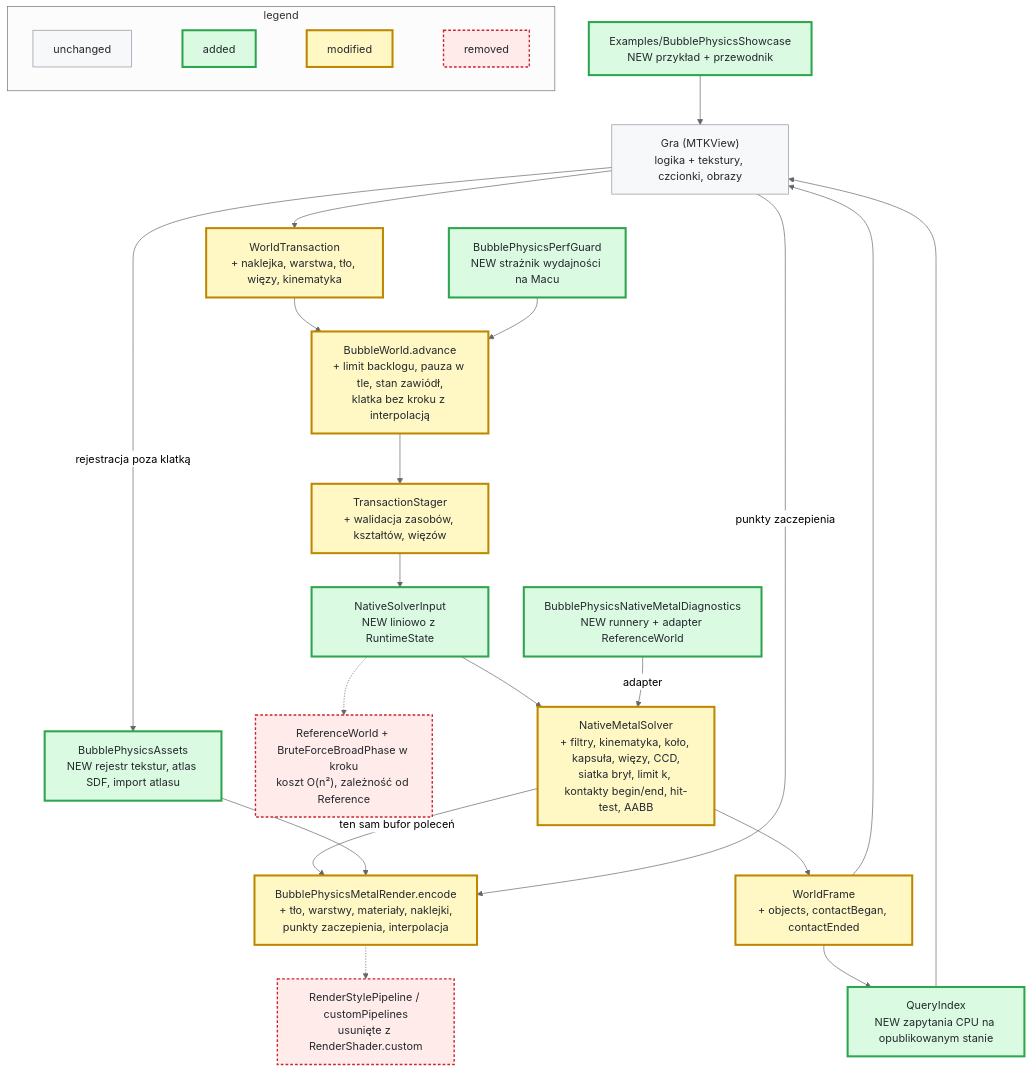
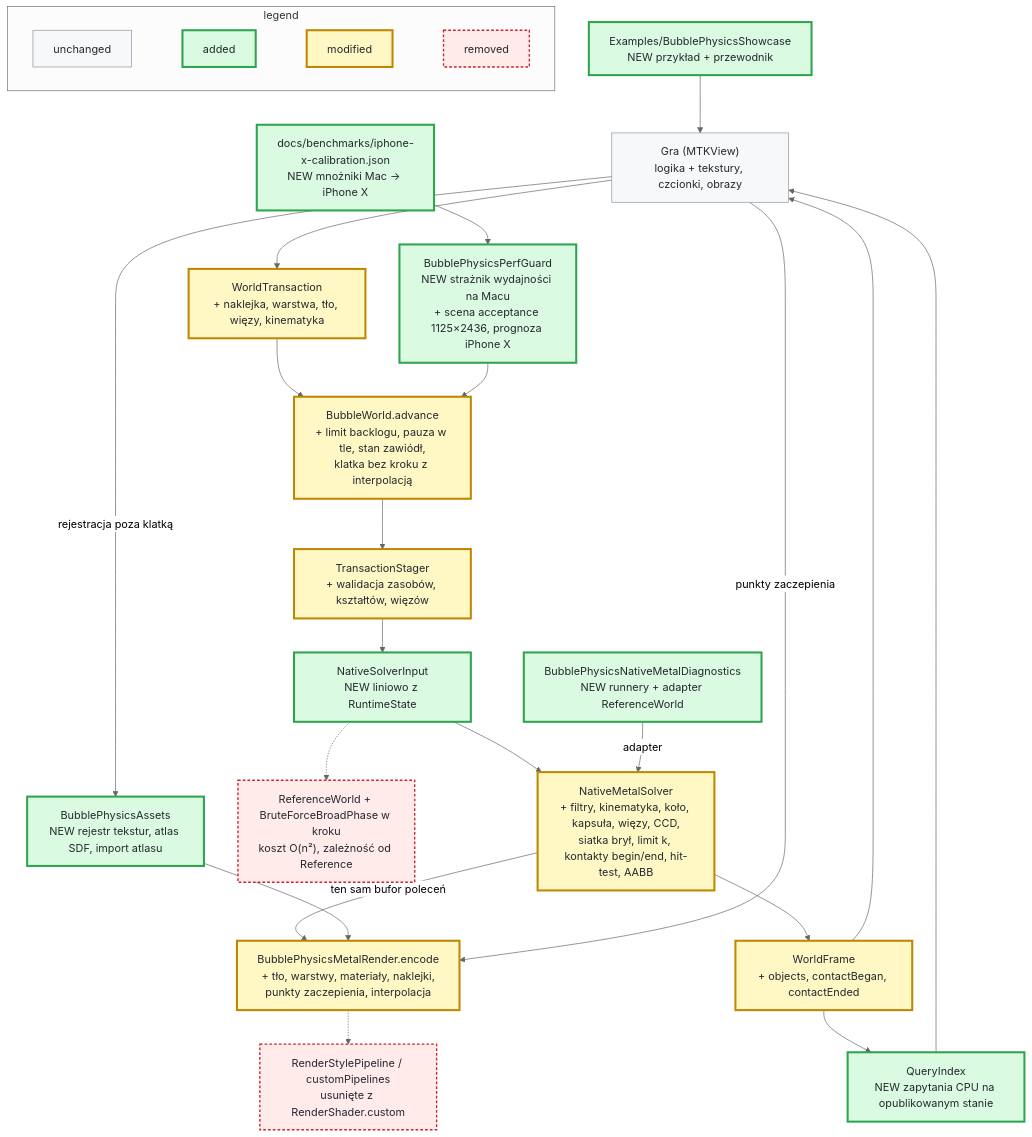
Before and after one commit to MariuszAdamowicz/BubblePhysics: the first of 2 diagrams in docs/sdlc/changes/2026-11-08-engine-foundations/plan.md, drawn with Mermaid (neutral theme). The commit also changed other lines of this file and 1 other file, not shown here.

First line of the commit message:
docs: plan etapu 8 (replan) — pomiar zastępczy na Macu i ścieżka CPU klatki

````diff
--- a/docs/sdlc/changes/2026-11-08-engine-foundations/plan.md
+++ b/docs/sdlc/changes/2026-11-08-engine-foundations/plan.md
@@ -38,45 +39,47 @@
 ```mermaid
 flowchart TD
     subgraph legend["legend"]
       direction LR
       L1["unchanged"]:::same
       L2["added"]:::added
       L3["modified"]:::changed
       L4["removed"]:::removed
       L1 ~~~ L2 ~~~ L3 ~~~ L4
     end
 
     GAME["Gra (MTKView)<br/>logika + tekstury, czcionki, obrazy"]:::same
     ASSETS["BubblePhysicsAssets<br/>NEW rejestr tekstur, atlas SDF, import atlasu"]:::added
     TX["WorldTransaction<br/>+ naklejka, warstwa, tło, więzy, kinematyka"]:::changed
     WORLD["BubbleWorld.advance<br/>+ limit backlogu, pauza w tle, stan zawiódł,<br/>klatka bez kroku z interpolacją"]:::changed
     STAGER["TransactionStager<br/>+ walidacja zasobów, kształtów, więzów"]:::changed
     INPUT["NativeSolverInput<br/>NEW liniowo z RuntimeState"]:::added
     REF["ReferenceWorld + BruteForceBroadPhase w kroku<br/>koszt O(n²), zależność od Reference"]:::removed
     SOLVER["NativeMetalSolver<br/>+ filtry, kinematyka, koło, kapsuła, więzy, CCD,<br/>siatka brył, limit k, kontakty begin/end, hit-test, AABB"]:::changed
     DIAG["BubblePhysicsNativeMetalDiagnostics<br/>NEW runnery + adapter ReferenceWorld"]:::added
     FRAME["WorldFrame<br/>+ objects, contactBegan, contactEnded"]:::changed
     QUERY["QueryIndex<br/>NEW zapytania CPU na opublikowanym stanie"]:::added
     RENDER["BubblePhysicsMetalRender.encode<br/>+ tło, warstwy, materiały, naklejki,<br/>punkty zaczepienia, interpolacja"]:::changed
     CUSTOM["RenderStylePipeline / customPipelines<br/>usunięte z RenderShader.custom"]:::removed
-    GUARD["BubblePhysicsPerfGuard<br/>NEW strażnik wydajności na Macu"]:::added
+    GUARD["BubblePhysicsPerfGuard<br/>NEW strażnik wydajności na Macu<br/>+ scena acceptance 1125×2436, prognoza iPhone X"]:::added
+    CALIB["docs/benchmarks/iphone-x-calibration.json<br/>NEW mnożniki Mac → iPhone X"]:::added
     SHOW["Examples/BubblePhysicsShowcase<br/>NEW przykład + przewodnik"]:::added
 
     GAME -->|"rejestracja poza klatką"| ASSETS
     GAME --> TX --> WORLD --> STAGER --> INPUT --> SOLVER
     INPUT -.-> REF
     DIAG -->|"adapter"| SOLVER
     SOLVER --> FRAME --> GAME
     FRAME --> QUERY --> GAME
     SOLVER -->|"ten sam bufor poleceń"| RENDER
     ASSETS --> RENDER
     GAME -->|"punkty zaczepienia"| RENDER
     RENDER -.-> CUSTOM
     GUARD --> WORLD
+    CALIB --> GUARD
     SHOW --> GAME
 
     classDef same fill:#f6f8fa,stroke:#8c959f,stroke-width:1px,color:#24292f
     classDef added fill:#dafbe1,stroke:#2da44e,stroke-width:3px,color:#24292f
     classDef changed fill:#fff8c5,stroke:#bf8700,stroke-width:3px,color:#24292f
     classDef removed fill:#ffebe9,stroke:#cf222e,stroke-width:2px,stroke-dasharray:4 3,color:#24292f
 ```
````
